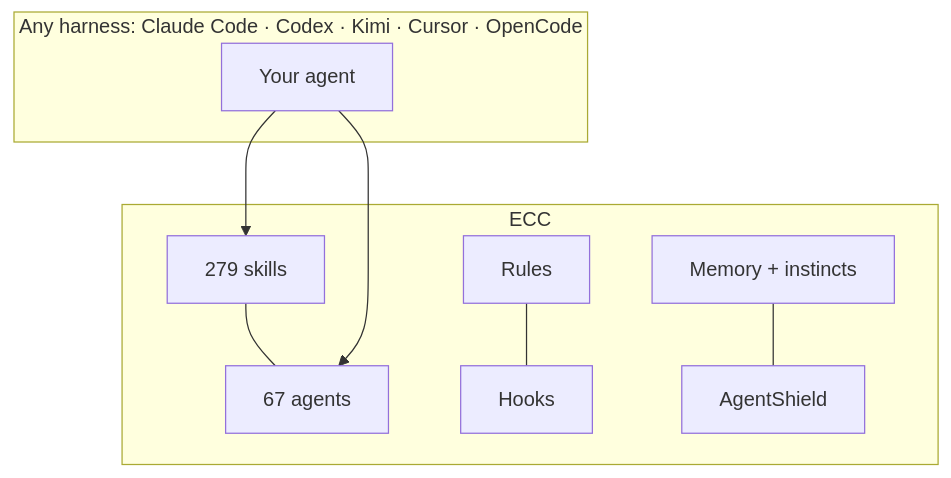
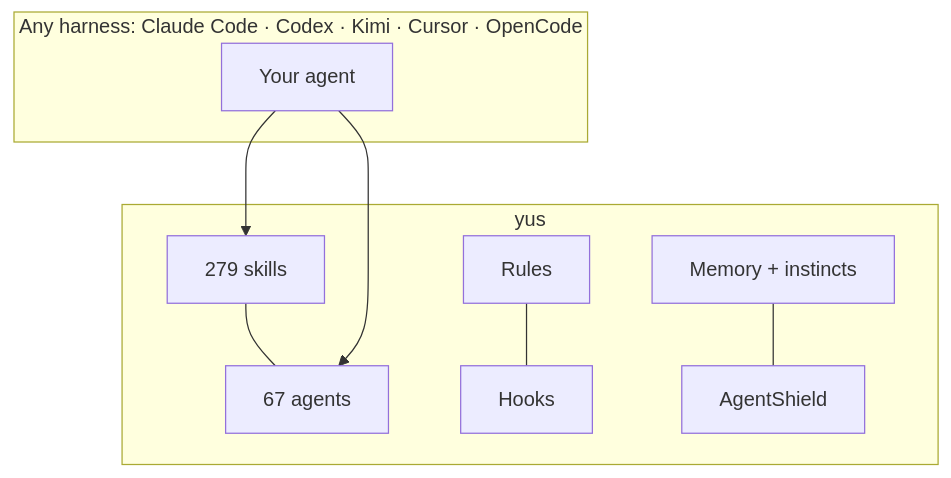
One commit to yusei21/skills changed the second of 3 diagrams in docs/releases/2.1.0/plan-canvas-demo.plan.md. Above: the diagram before and after it, drawn with Mermaid. The commit also changed other lines of this file and 1624 other files, not shown here.

First line of the commit message:
refactor!: rename ECC to yus across the project

````diff
--- a/docs/releases/2.1.0/plan-canvas-demo.plan.md
+++ b/docs/releases/2.1.0/plan-canvas-demo.plan.md
@@ -29,13 +29,13 @@
 ```mermaid
 flowchart TB
   subgraph Harness["Any harness: Claude Code · Codex · Kimi · Cursor · OpenCode"]
     A[Your agent]
   end
-  subgraph ECC["ECC"]
+  subgraph yus["yus"]
     SK[279 skills] --- AG[67 agents]
     RU[Rules] --- HO[Hooks]
     ME[Memory + instincts] --- AS[AgentShield]
   end
   A --> SK
   A --> AG
 ```
````
